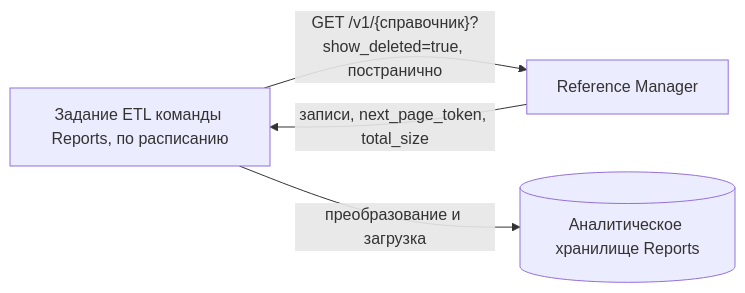
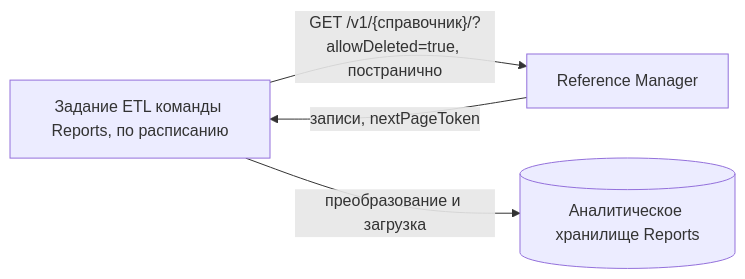
One commit to MEPhI-C22-501/arch-info-system-monorepo changed the third of 6 diagrams in reference-manager/documents/162.integration-spec.md. Above: the diagram before and after it, drawn with Mermaid. The commit also changed other lines of this file and 27 other files, not shown here.

First line of the commit message:
docs(reference-manager): follow the currency implementation (ADR-022)

````diff
--- a/reference-manager/documents/162.integration-spec.md
+++ b/reference-manager/documents/162.integration-spec.md
@@ -104,6 +104,6 @@
 ```mermaid
 flowchart LR
-    ETL["Задание ETL команды Reports, по расписанию"] -->|"GET /v1/{справочник}?show_deleted=true, постранично"| RM["Reference Manager"]
-    RM -->|"записи, next_page_token, total_size"| ETL
+    ETL["Задание ETL команды Reports, по расписанию"] -->|"GET /v1/{справочник}/?allowDeleted=true, постранично"| RM["Reference Manager"]
+    RM -->|"записи, nextPageToken"| ETL
     ETL -->|"преобразование и загрузка"| DWH[("Аналитическое хранилище Reports")]
 ```
````
